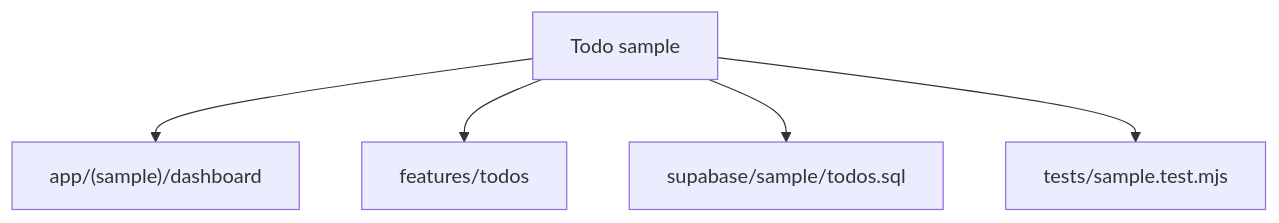
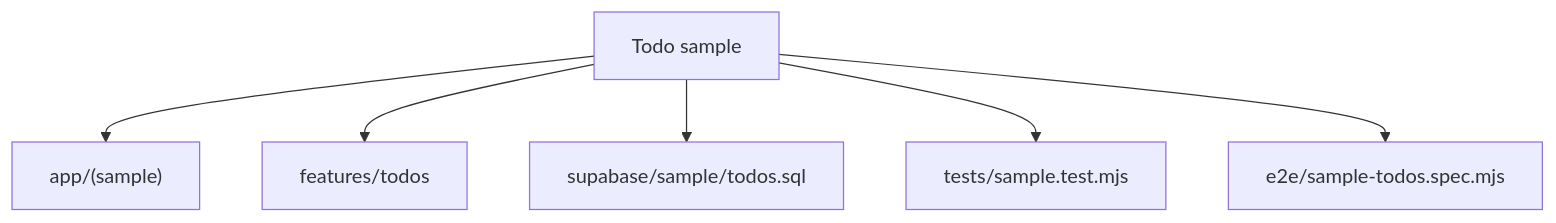
One commit to k-systems202208/nextjs-supabase-vercel-webapp-template changed the third of 6 diagrams in docs/CUSTOMIZING.md. Above: the diagram before and after it, drawn with Mermaid. The commit also changed other lines of this file and 20 other files, not shown here.

````diff
--- a/docs/CUSTOMIZING.md
+++ b/docs/CUSTOMIZING.md
@@ -106,7 +113,8 @@
 ```mermaid
 flowchart TD
-    T["Todo sample"] --> P["app/(sample)/dashboard"]
+    T["Todo sample"] --> P["app/(sample)"]
     T --> A["features/todos"]
     T --> S["supabase/sample/todos.sql"]
     T --> X["tests/sample.test.mjs"]
+    T --> E["e2e/sample-todos.spec.mjs"]
 ```
````
